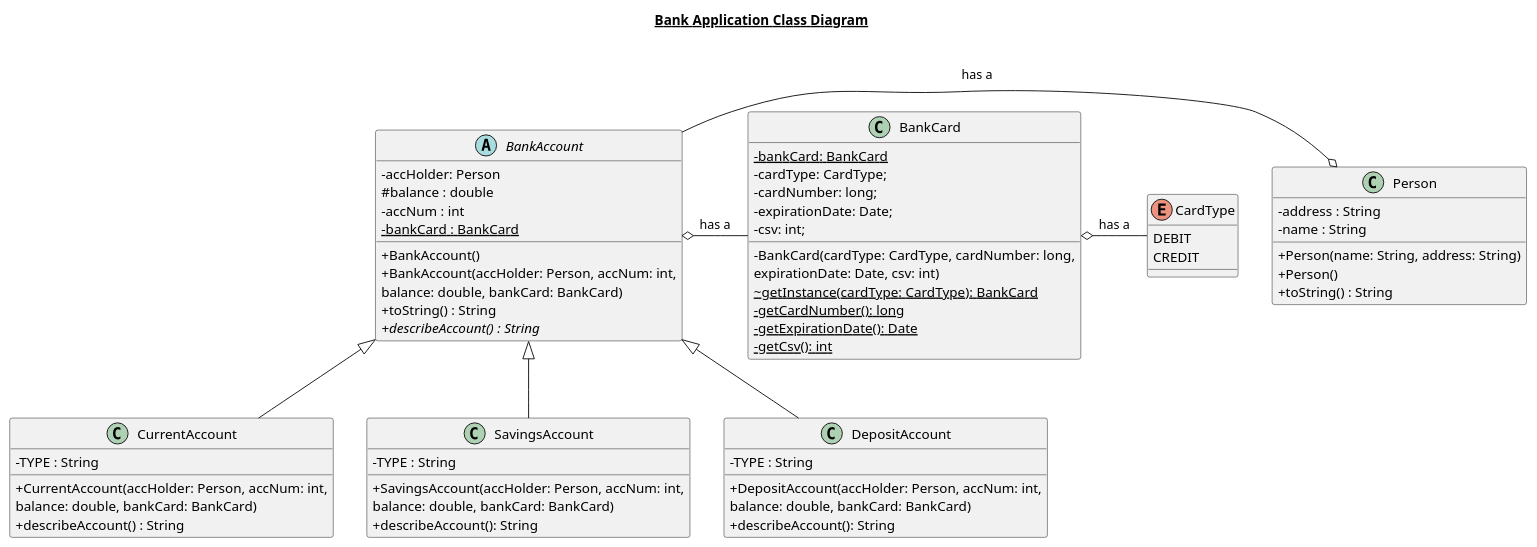
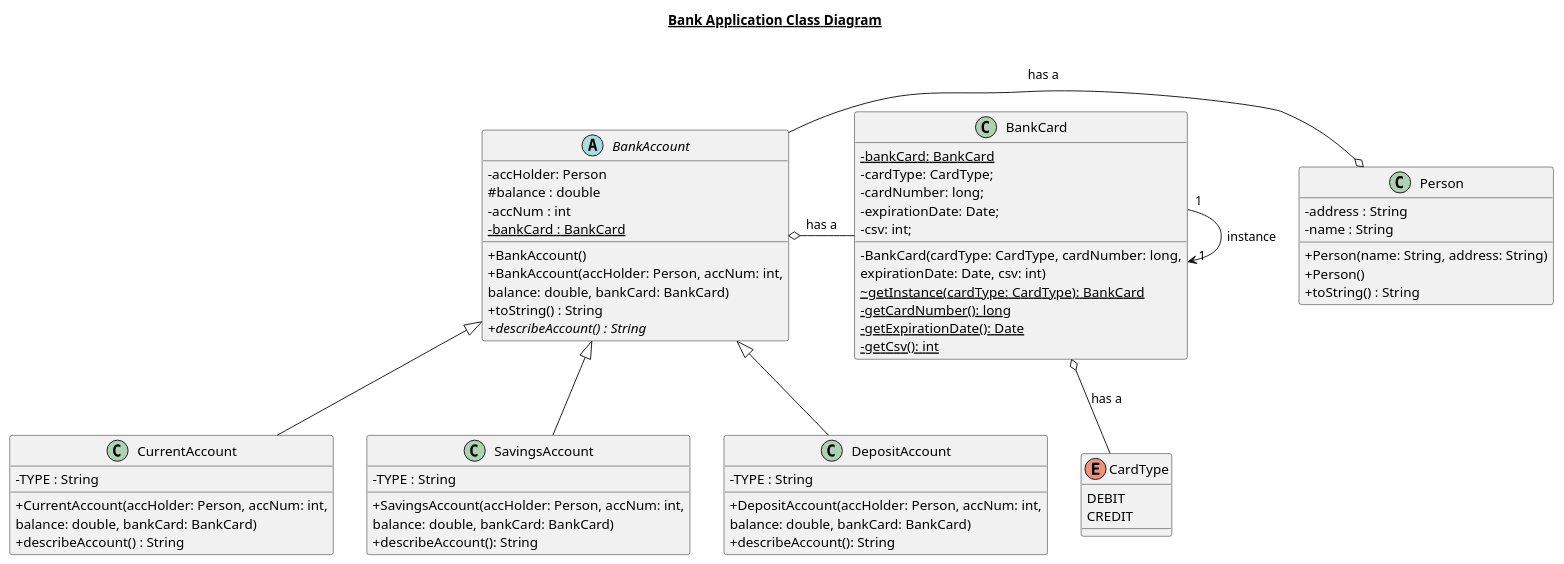
Before and after one commit to GraceOSullivan/SoftwareDesignPatterns: the diagram in PlantUMLDiagrams/Singleton/AfterSingletonImplemented.puml, drawn with PlantUML. The commit also changed 1 other file, not shown here.

Commit message:
Inclucded association arrow on BankCard in UML class diagram

```diff
--- a/PlantUMLDiagrams/Singleton/AfterSingletonImplemented.puml
+++ b/PlantUMLDiagrams/Singleton/AfterSingletonImplemented.puml
@@ -1,74 +1,75 @@
 @startuml
 skinparam classAttributeIconSize 0
 
 
 title __Bank Application Class Diagram__\n
 
 abstract class BankAccount {
     - accHolder: Person
     # balance : double
     - accNum : int
     - {static} bankCard : BankCard
     + BankAccount()
     + BankAccount(accHolder: Person, accNum: int,
     balance: double, bankCard: BankCard)
     + toString() : String
     {abstract} + describeAccount() : String
  }
 
  class CurrentAccount {
     - TYPE : String
     + CurrentAccount(accHolder: Person, accNum: int,
     balance: double, bankCard: BankCard)
     + describeAccount() : String
  }
 
  class Person {
     - address : String
     - name : String
     + Person(name: String, address: String)
     + Person()
     + toString() : String
  }
 
  class SavingsAccount {
     - TYPE : String
     + SavingsAccount(accHolder: Person, accNum: int,
     balance: double, bankCard: BankCard)
     + describeAccount(): String
  }
 
  class DepositAccount {
     - TYPE : String
     + DepositAccount(accHolder: Person, accNum: int,
     balance: double, bankCard: BankCard)
     + describeAccount(): String
  }
 
  class BankCard {
      - {static} bankCard: BankCard
      - cardType: CardType;
      - cardNumber: long;
      - expirationDate: Date;
      - csv: int;
      - BankCard(cardType: CardType, cardNumber: long,
      expirationDate: Date, csv: int)
      ~ {static} getInstance(cardType: CardType): BankCard
      - {static} getCardNumber(): long
      - {static} getExpirationDate(): Date
      - {static} getCsv(): int
  }
 
 enum CardType {
   DEBIT
   CREDIT
 }
 
   BankAccount -right-o Person : has a
   BankAccount o-right- BankCard : has a
-  BankCard o-right- CardType : has a
+  BankCard o-down- CardType : has a
   CurrentAccount -up-|> BankAccount
   SavingsAccount -up-|> BankAccount
   DepositAccount -up-|> BankAccount
+  BankCard "1" --> " 1" BankCard: instance
 
 @enduml
```
